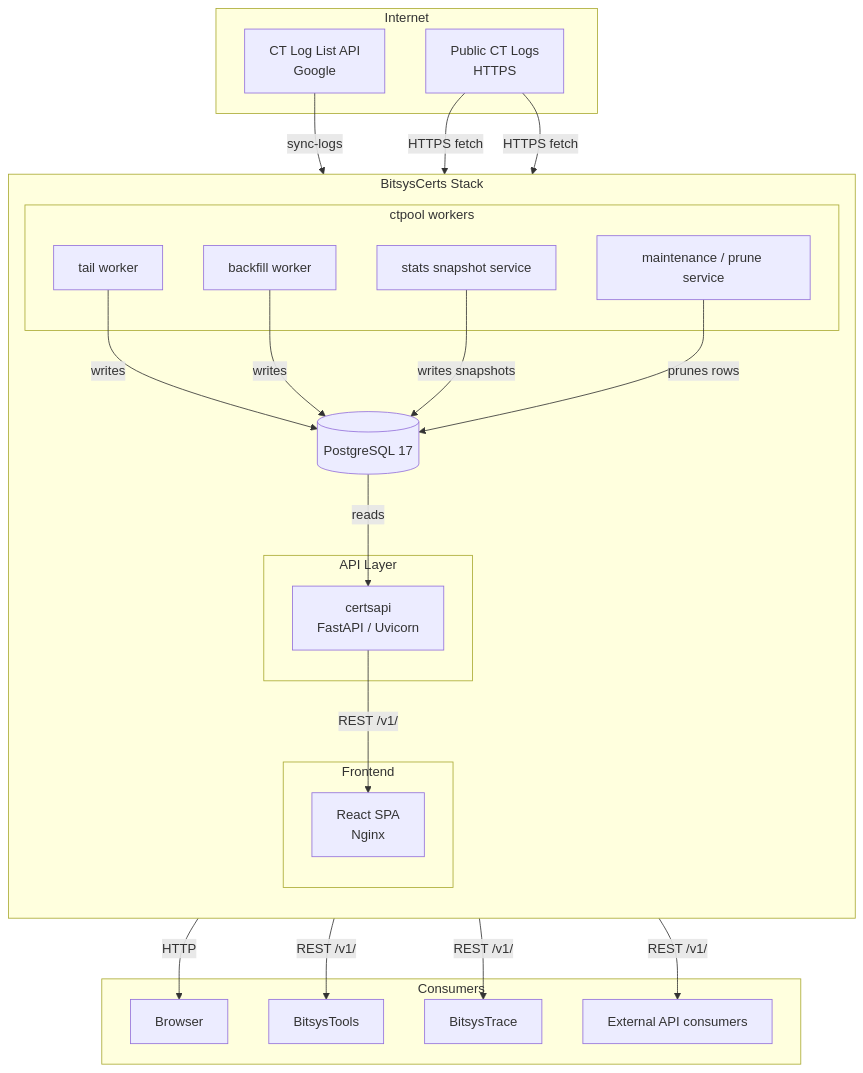
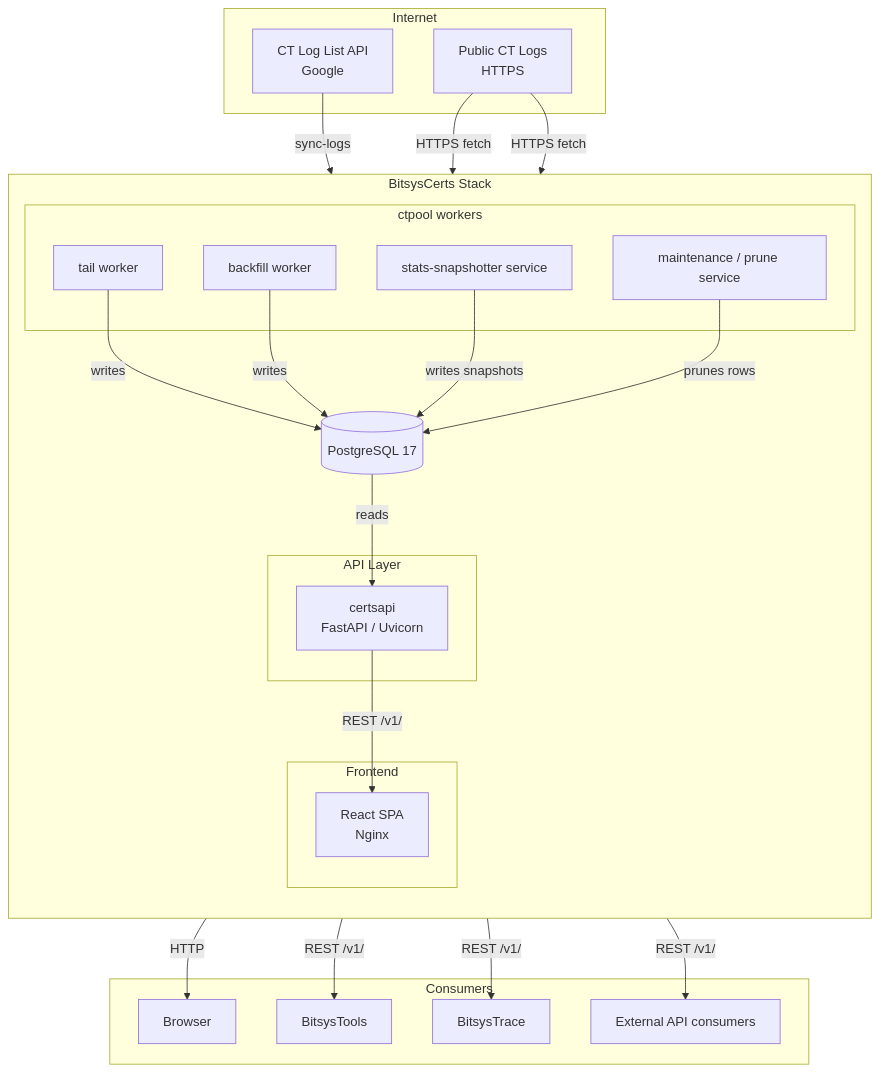
Before and after one commit to bitsyscerts/bitsyscerts: the first of 11 diagrams in docs/ARCHITECTURE.md, drawn with Mermaid. The commit also changed other lines of this file and 32 other files, not shown here.

````diff
--- a/docs/ARCHITECTURE.md
+++ b/docs/ARCHITECTURE.md
@@ -30,48 +30,48 @@
 ```mermaid
 graph TB
     subgraph Internet
         CTLogs[Public CT Logs\nHTTPS]
         CTAPI[CT Log List API\nGoogle]
     end
 
     subgraph BitsysCerts Stack
         direction TB
         subgraph Ingestion [ctpool workers]
             tail[tail worker]
             backfill[backfill worker]
-            stats_svc[stats snapshot service]
+            stats_svc[stats-snapshotter service]
             maint[maintenance / prune service]
         end
 
         subgraph API Layer
             api[certsapi\nFastAPI / Uvicorn]
         end
 
         subgraph Frontend
             app[React SPA\nNginx]
         end
 
         PG[(PostgreSQL 17)]
     end
 
     subgraph Consumers
         browser[Browser]
         tools[BitsysTools]
         trace[BitsysTrace]
         ext[External API consumers]
     end
 
     CTAPI -->|sync-logs| tail
     CTLogs -->|HTTPS fetch| tail
     CTLogs -->|HTTPS fetch| backfill
     tail -->|writes| PG
     backfill -->|writes| PG
     stats_svc -->|writes snapshots| PG
     maint -->|prunes rows| PG
     PG -->|reads| api
     api -->|REST /v1/| app
     app -->|HTTP| browser
     api -->|REST /v1/| tools
     api -->|REST /v1/| trace
     api -->|REST /v1/| ext
 ```
````
